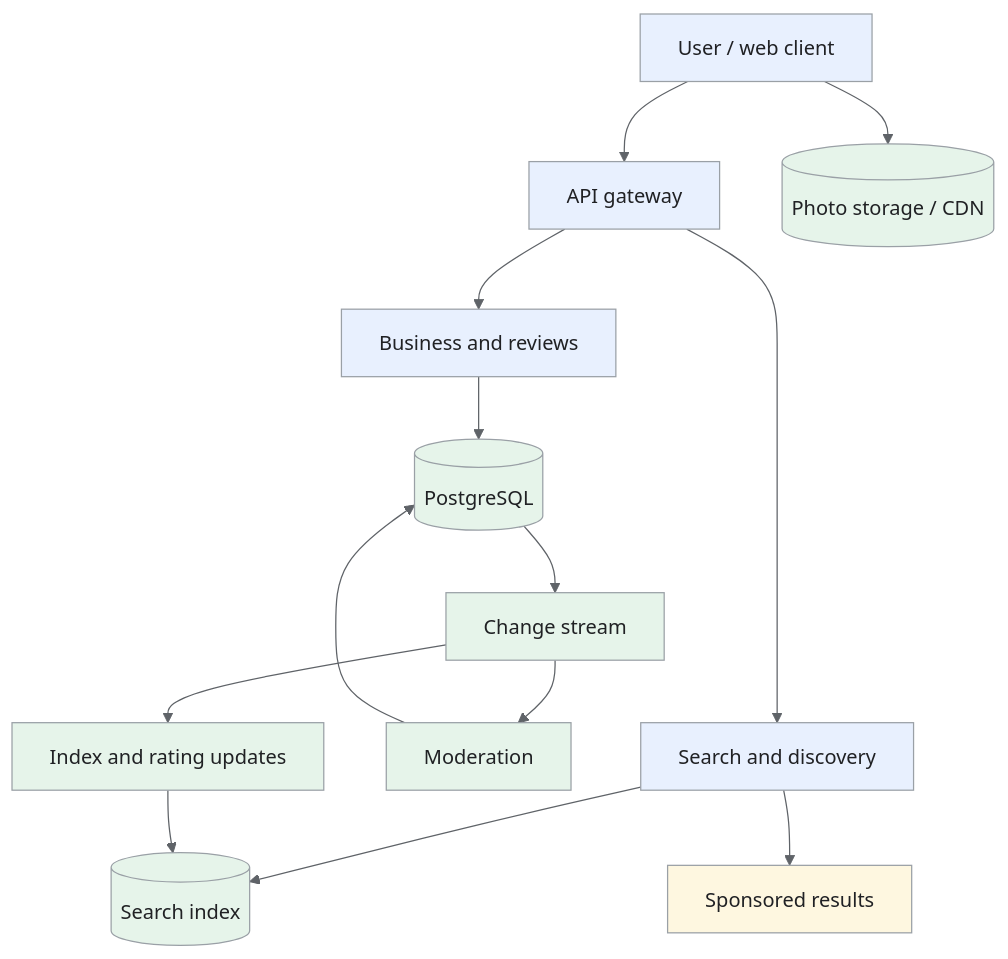
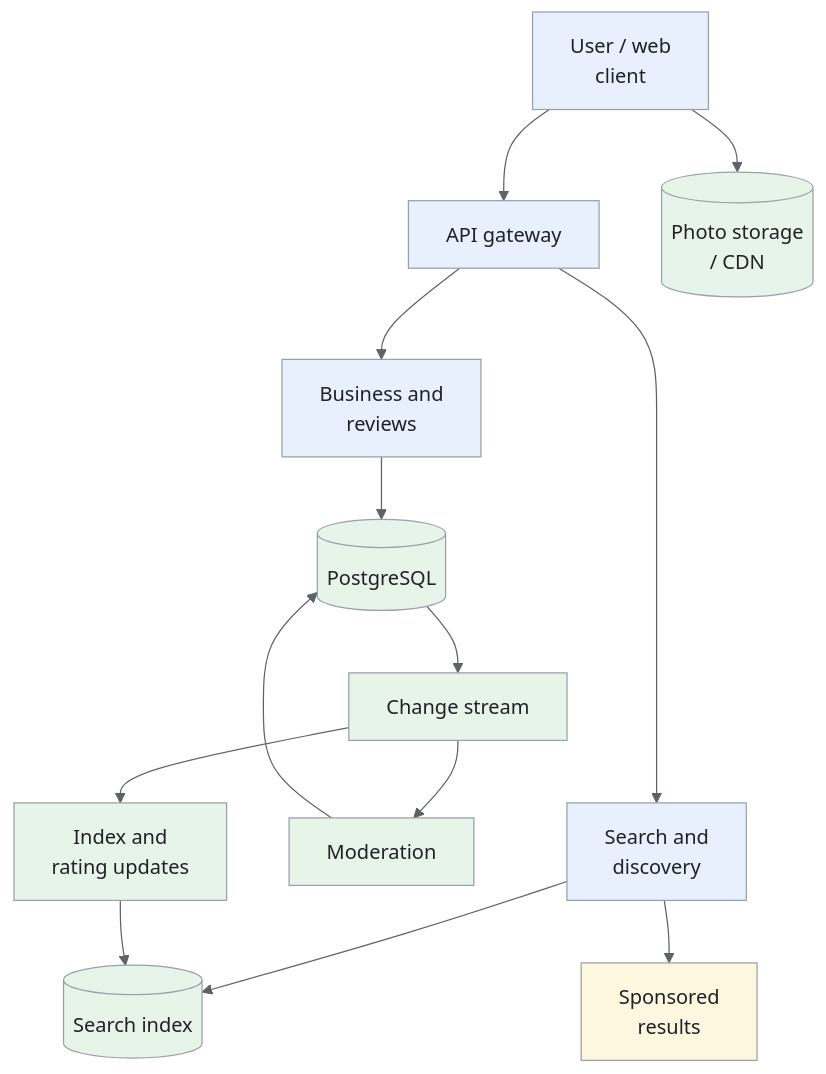
The first of 5 diagrams in _designs/yelp.md (iliazlobin/iliazlobin.github.io), drawn with Mermaid before and after one commit. The commit also changed other lines of this file and 116 other files, not shown here.

````diff
--- a/_designs/yelp.md
+++ b/_designs/yelp.md
@@ -152,23 +159,23 @@
 ```mermaid
-%%{init: {'theme':'base','themeVariables':{'primaryColor':'#e8f0fe','primaryTextColor':'#202124','primaryBorderColor':'#9aa0a6','lineColor':'#5f6368','secondaryColor':'#e6f4ea','tertiaryColor':'#fef7e0','actorBkg':'#e8f0fe','actorBorder':'#9aa0a6','actorTextColor':'#202124','noteBkgColor':'#fef7e0','noteTextColor':'#202124','noteBorderColor':'#9aa0a6','signalColor':'#5f6368','signalTextColor':'#202124','labelBoxBkgColor':'#fef7e0','labelBoxBorderColor':'#9aa0a6'}}}%%
+%%{init: {"theme":"base","themeVariables":{"primaryColor":"#e8f0fe","primaryBorderColor":"#9aa0a6","primaryTextColor":"#202124","secondaryColor":"#e6f4ea","tertiaryColor":"#fef7e0","lineColor":"#5f6368","actorBkg":"#e8f0fe","actorBorder":"#9aa0a6","actorTextColor":"#202124","noteBkgColor":"#fef7e0","noteBorderColor":"#9aa0a6","noteTextColor":"#202124","signalColor":"#5f6368","signalTextColor":"#202124"}}}%%
 flowchart TB
-  U["User / web client"] --> API["API gateway"]
-  API --> S["Search and discovery"]
-  API --> B["Business and reviews"]
+  U["User / web<br>client"] --> API["API gateway"]
+  API --> S["Search and<br>discovery"]
+  API --> B["Business and<br>reviews"]
   S --> IDX[("Search index")]
-  S --> ADS["Sponsored results"]
+  S --> ADS["Sponsored<br>results"]
   B --> PG[("PostgreSQL")]
-  U --> OBJ[("Photo storage / CDN")]
+  U --> OBJ[("Photo storage<br>/ CDN")]
   PG --> CDC["Change stream"]
   CDC --> MOD["Moderation"]
-  CDC --> IX["Index and rating updates"]
+  CDC --> IX["Index and<br>rating updates"]
   MOD --> PG
   IX --> IDX
 classDef request fill:#e8f0fe,stroke:#9aa0a6,color:#202124;
 classDef data fill:#e6f4ea,stroke:#9aa0a6,color:#202124;
 classDef control fill:#fef7e0,stroke:#9aa0a6,color:#202124;
 class U,API,S,B request;
 class IDX,PG,OBJ,CDC,MOD,IX data;
 class ADS control;
 
 ```
````
